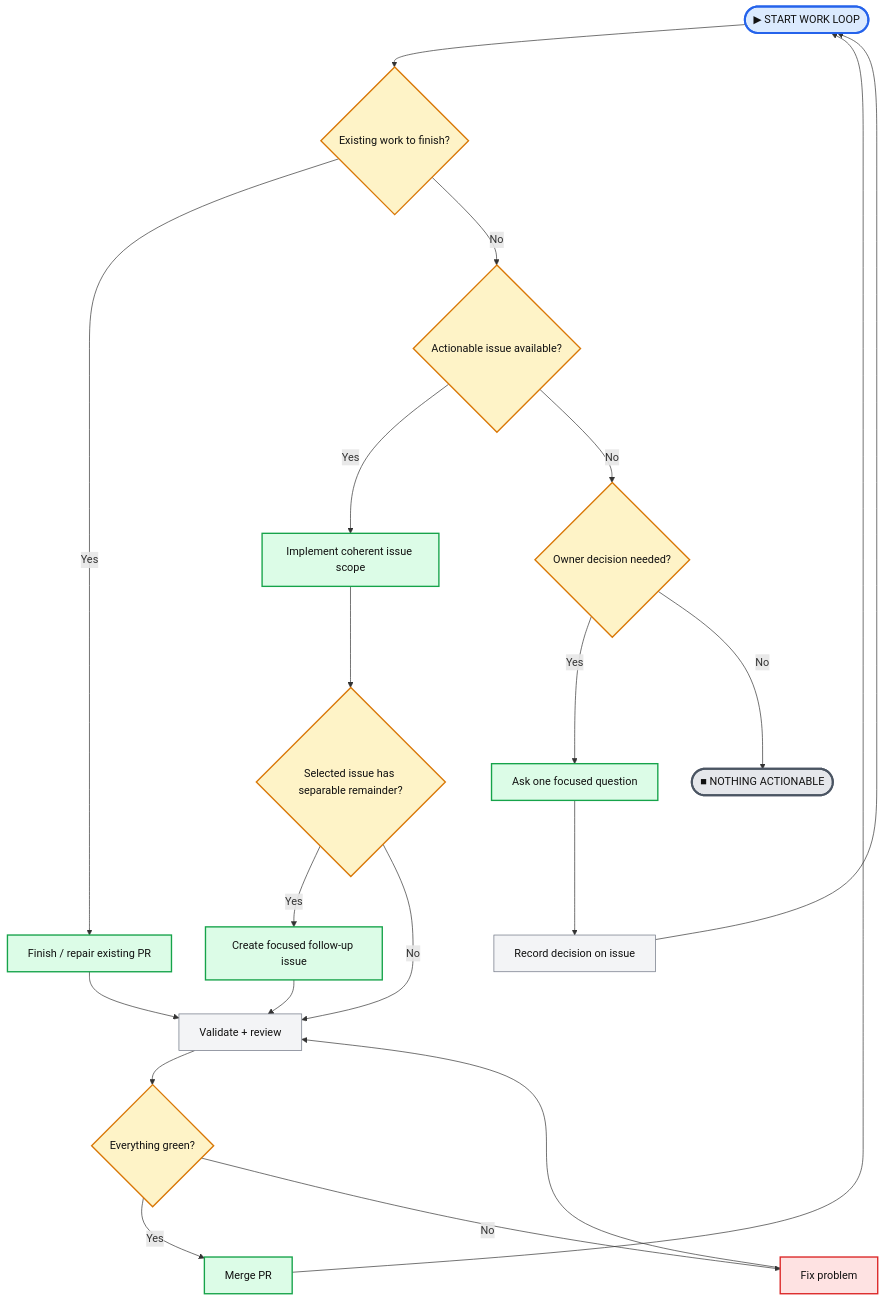
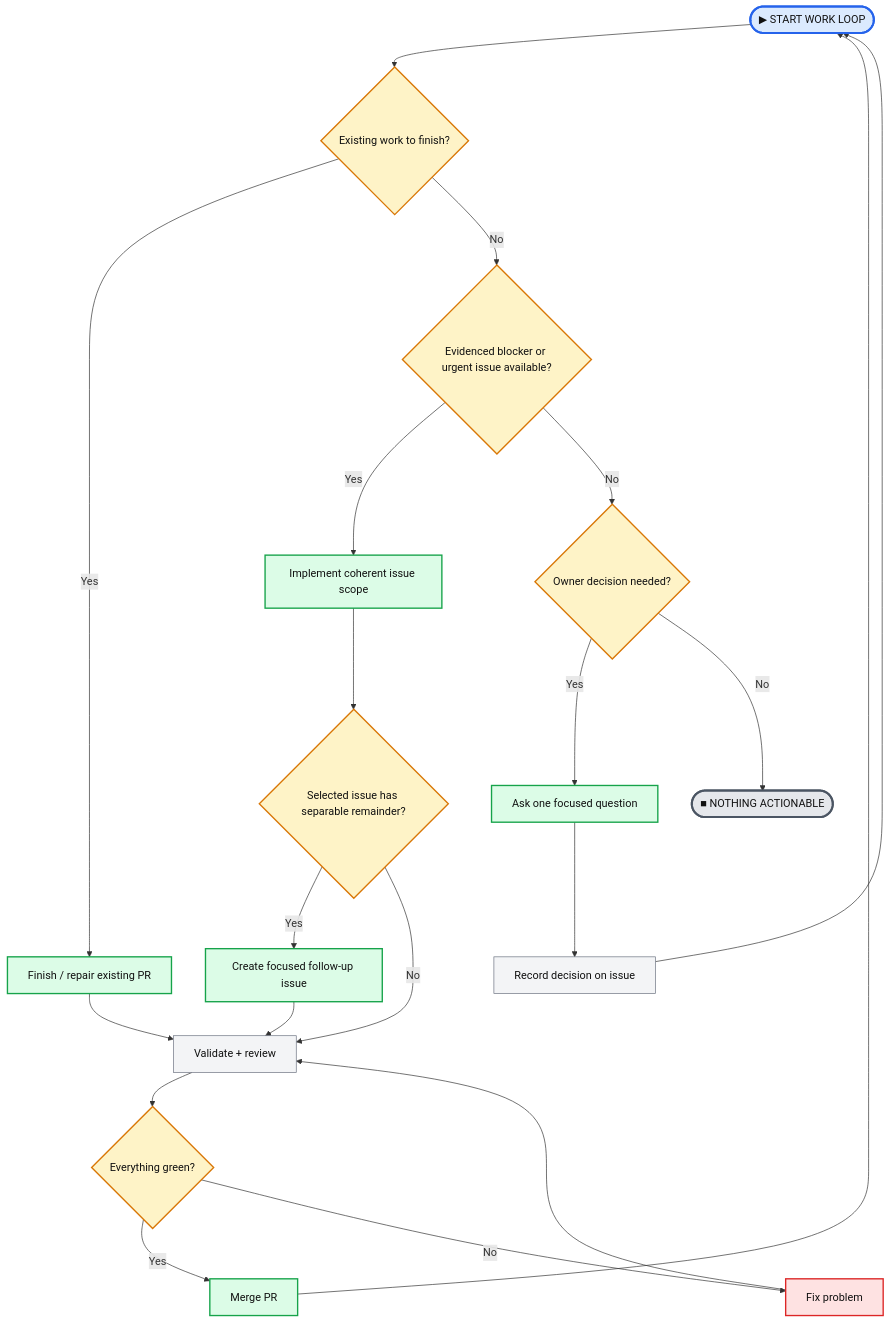
The diagram in README.md (moritzbrantner/dotfiles), drawn with Mermaid before and after one commit. The commit also changed other lines of this file and 1 other file, not shown here.

Commit message:
work-loop: select evidenced product acceptance blockers

````diff
--- a/README.md
+++ b/README.md
@@ -56,42 +56,42 @@
 ```mermaid
 flowchart TD
     START([▶ START WORK LOOP]):::start
 
     START --> EXISTING{Existing work to finish?}:::question
 
     EXISTING -->|Yes| FINISH[Finish / repair existing PR]:::yes
-    EXISTING -->|No| ISSUE{Actionable issue available?}:::question
+    EXISTING -->|No| ISSUE{Evidenced blocker or urgent issue available?}:::question
 
     FINISH --> VERIFY[Validate + review]:::action
 
     ISSUE -->|Yes| IMPLEMENT[Implement coherent issue scope]:::yes
     ISSUE -->|No| DECISION{Owner decision needed?}:::question
 
     IMPLEMENT --> EXTRA{Selected issue has separable remainder?}:::question
 
     EXTRA -->|Yes| FOLLOWUP[Create focused follow-up issue]:::yes
     EXTRA -->|No| VERIFY
 
     FOLLOWUP --> VERIFY
 
     VERIFY --> PASS{Everything green?}:::question
 
     PASS -->|Yes| MERGE[Merge PR]:::yes
     PASS -->|No| FIX[Fix problem]:::no
 
     FIX --> VERIFY
     MERGE --> START
 
     DECISION -->|Yes| ASK[Ask one focused question]:::yes
     DECISION -->|No| DONE([■ NOTHING ACTIONABLE]):::stop
 
     ASK --> RECORD[Record decision on issue]:::action
     RECORD --> START
 
     classDef start fill:#dbeafe,stroke:#2563eb,stroke-width:3px,color:#111;
     classDef stop fill:#e5e7eb,stroke:#4b5563,stroke-width:3px,color:#111;
     classDef question fill:#fef3c7,stroke:#d97706,stroke-width:2px,color:#111;
     classDef yes fill:#dcfce7,stroke:#16a34a,stroke-width:2px,color:#111;
     classDef no fill:#fee2e2,stroke:#dc2626,stroke-width:2px,color:#111;
     classDef action fill:#f3f4f6,stroke:#6b7280,stroke-width:1px,color:#111;
 ```
````
